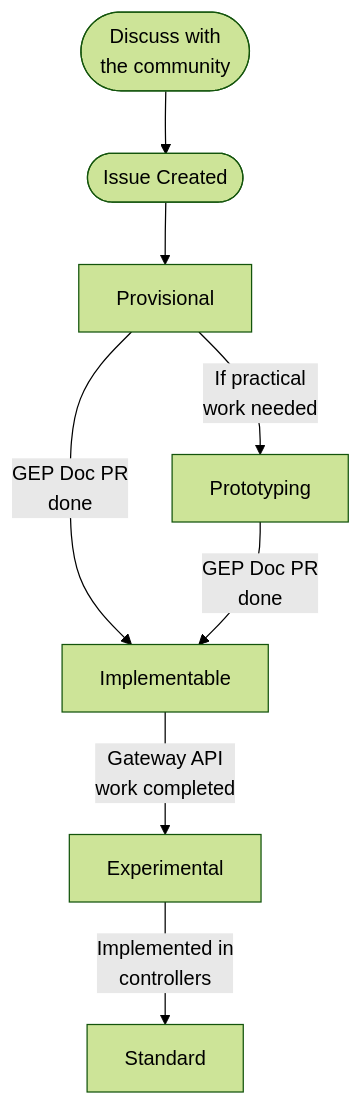
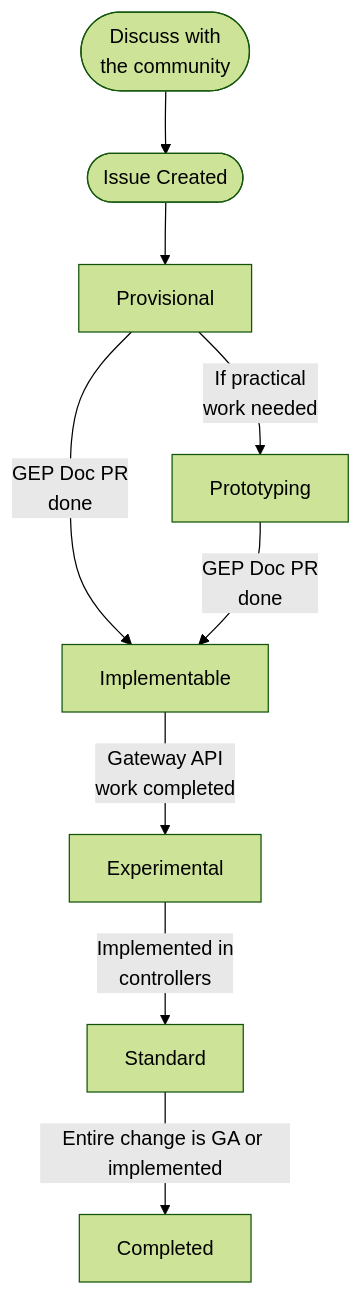
Before and after one commit to kubernetes-sigs/gateway-api: the diagram in geps/overview.md, drawn with Mermaid (forest theme). The commit also changed other lines of this file, not shown here.

````diff
--- a/geps/overview.md
+++ b/geps/overview.md
@@ -17,11 +17,11 @@
 ```mermaid
 flowchart TD
     D([Discuss with<br />the community]) --> C
     C([Issue Created]) --> Provisional
     Provisional -->|GEP Doc PR<br />done| Implementable
     Provisional -->|If practical <br /> work needed| Prototyping
     Prototyping -->|GEP Doc PR<br />done| Implementable
     Implementable -->|Gateway API<br />work completed| Experimental
     Experimental -->|Implemented in<br />controllers| Standard
-    
+    Standard -->|Entire change is GA or implemented| Completed
 ```
````
